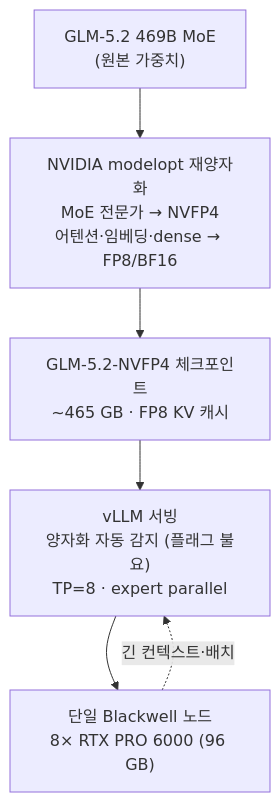
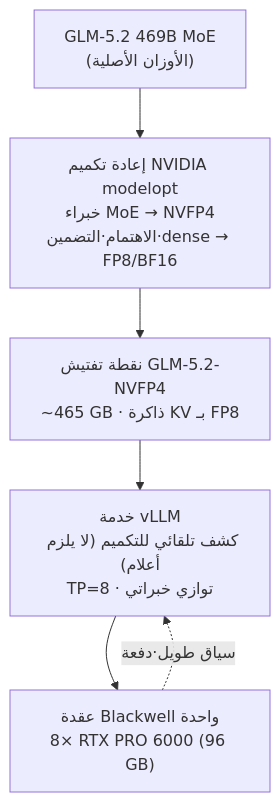
One commit to ThakiCloud/thakicloud.github.io changed the diagram in _posts/ar/llmops/2026-06-28-glm-5.2-nvfp4-vllm-serving.md. Above: the diagram before and after it, drawn with Mermaid. The commit also changed 21 other files, not shown here.

First line of the commit message:
fix(blog): translate mermaid labels to post language (en/ar)

````diff
--- a/_posts/ar/llmops/2026-06-28-glm-5.2-nvfp4-vllm-serving.md
+++ b/_posts/ar/llmops/2026-06-28-glm-5.2-nvfp4-vllm-serving.md
@@ -47,8 +47,8 @@
 ```mermaid
 flowchart TB
-    A["GLM-5.2 469B MoE<br/>(원본 가중치)"] --> B["NVIDIA modelopt 재양자화<br/>MoE 전문가 → NVFP4<br/>어텐션·임베딩·dense → FP8/BF16"]
-    B --> C["GLM-5.2-NVFP4 체크포인트<br/>~465 GB · FP8 KV 캐시"]
-    C --> D["vLLM 서빙<br/>양자화 자동 감지 (플래그 불요)<br/>TP=8 · expert parallel"]
-    D --> E["단일 Blackwell 노드<br/>8× RTX PRO 6000 (96 GB)"]
-    E -.긴 컨텍스트·배치.-> D
+    A["GLM-5.2 469B MoE<br/>(الأوزان الأصلية)"] --> B["إعادة تكميم NVIDIA modelopt<br/>خبراء MoE → NVFP4<br/>الاهتمام·التضمين·dense → FP8/BF16"]
+    B --> C["نقطة تفتيش GLM-5.2-NVFP4<br/>~465 GB · ذاكرة KV بـ FP8"]
+    C --> D["خدمة vLLM<br/>كشف تلقائي للتكميم (لا يلزم أعلام)<br/>TP=8 · توازي خبراتي"]
+    D --> E["عقدة Blackwell واحدة<br/>8× RTX PRO 6000 (96 GB)"]
+    E -.سياق طويل·دفعة.-> D
 ```
````
